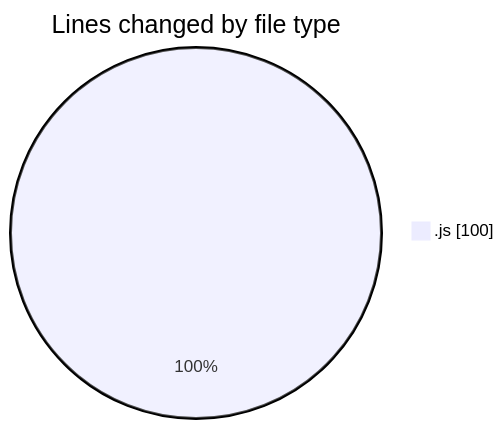
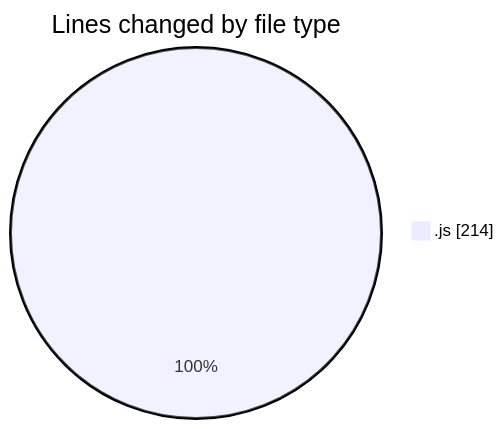
The first of 2 diagrams in 2026-04-27/calcapp/README.md (nxtqubesakshisongat/code-tracking), drawn with Mermaid before and after one commit. The commit also changed other lines of this file and 1 other file, not shown here.

````diff
--- a/2026-04-27/calcapp/README.md
+++ b/2026-04-27/calcapp/README.md
@@ -20,5 +20,5 @@
 ```mermaid
 pie showData
 title Lines changed by file type
-".js" : 100
+".js" : 214
 ```
````
